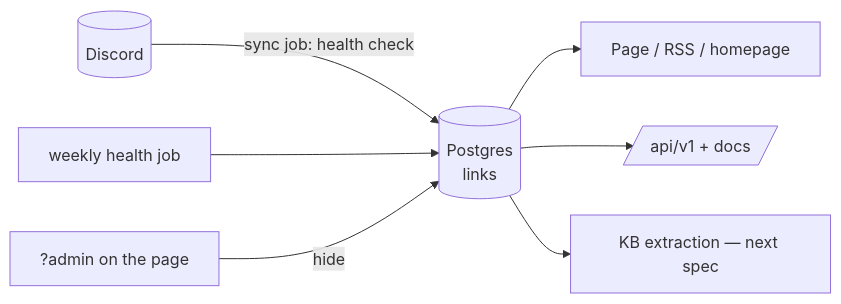
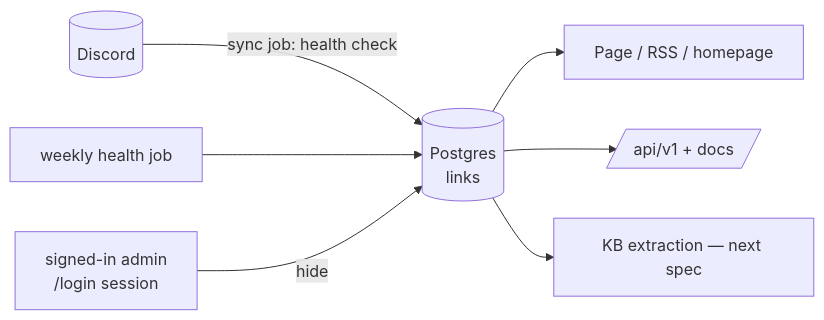
Before and after one commit to SouravInsights/souravinsights.com: the diagram in docs/spec/links-registry-and-api.md, drawn with Mermaid. The commit also changed other lines of this file and 26 other files, not shown here.

First line of the commit message:
Standardize admin auth behind a single session

````diff
--- a/docs/spec/links-registry-and-api.md
+++ b/docs/spec/links-registry-and-api.md
@@ -13,9 +13,9 @@
 ```mermaid
 flowchart LR
     D[(Discord)] -- sync job: health check --> DB[(Postgres<br/>links)]
     DB --> P[Page / RSS / homepage]
     DB --> API[/api/v1 + docs/]
     W[weekly health job] --> DB
-    A[?admin on the page] -- hide --> DB
+    A[signed-in admin<br/>/login session] -- hide --> DB
     DB --> KB[KB extraction — next spec]
 ```
````
